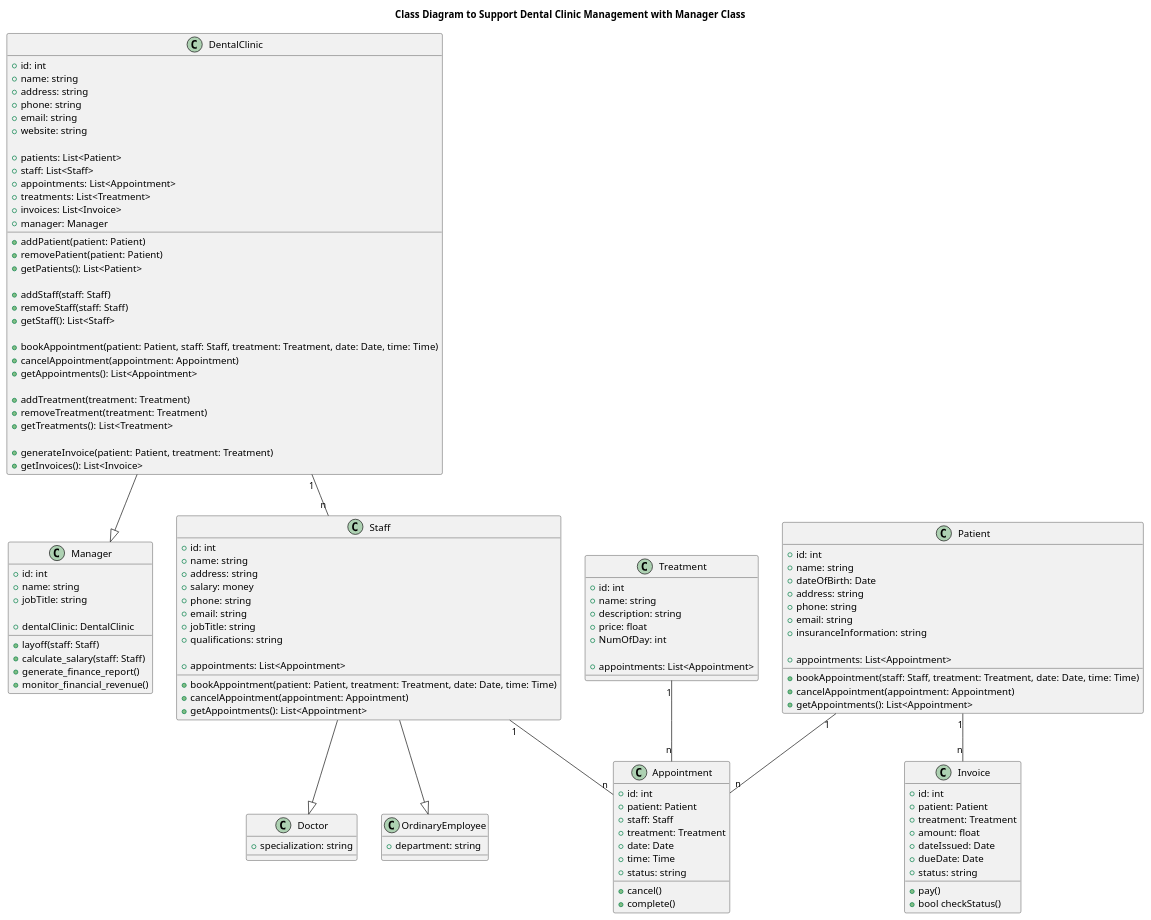
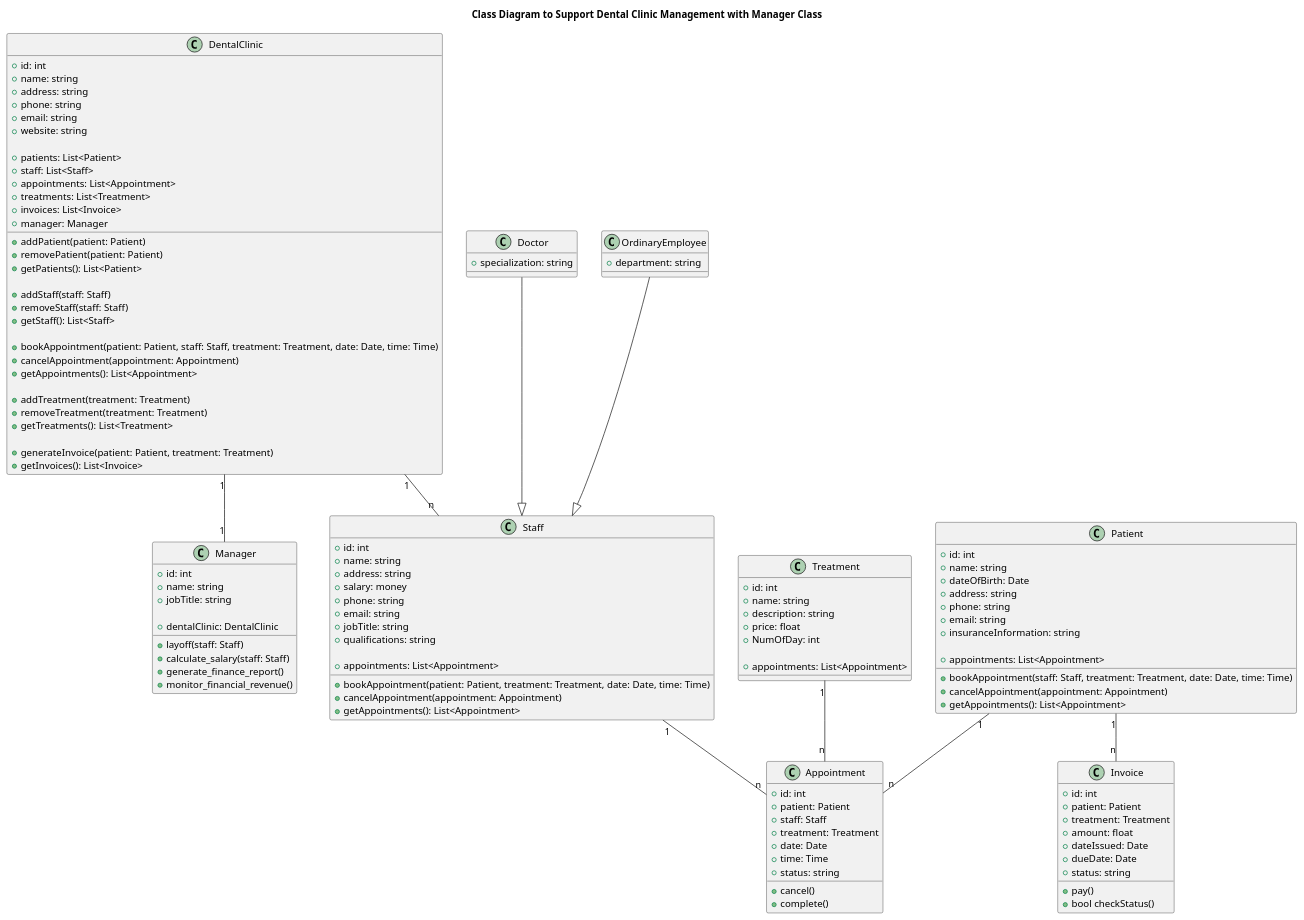
Before and after one commit to baonehe/SE357-Pratice-class: the diagram in Lab1.2/Class diagram/Code/class diagram.wsd, drawn with PlantUML. The commit also changed 1 other file, not shown here.

Commit message:
Update class diagram

```diff
--- a/Lab1.2/Class diagram/Code/class diagram.wsd
+++ b/Lab1.2/Class diagram/Code/class diagram.wsd
@@ -1,136 +1,136 @@
 @startuml
 title Class Diagram to Support Dental Clinic Management with Manager Class
 
 class DentalClinic {
   + id: int
   + name: string
   + address: string
   + phone: string
   + email: string
   + website: string
 
   + patients: List<Patient>
   + staff: List<Staff>
   + appointments: List<Appointment>
   + treatments: List<Treatment>
   + invoices: List<Invoice>
   + manager: Manager
 
   + addPatient(patient: Patient)
   + removePatient(patient: Patient)
   + getPatients(): List<Patient>
 
   + addStaff(staff: Staff)
   + removeStaff(staff: Staff)
   + getStaff(): List<Staff>
 
   + bookAppointment(patient: Patient, staff: Staff, treatment: Treatment, date: Date, time: Time)
   + cancelAppointment(appointment: Appointment)
   + getAppointments(): List<Appointment>
 
   + addTreatment(treatment: Treatment)
   + removeTreatment(treatment: Treatment)
   + getTreatments(): List<Treatment>
 
   + generateInvoice(patient: Patient, treatment: Treatment)
   + getInvoices(): List<Invoice>
 }
 
 class Manager {
   + id: int
   + name: string
   + jobTitle: string
 
   + dentalClinic: DentalClinic
 
   + layoff(staff: Staff)
   + calculate_salary(staff: Staff)
   + generate_finance_report()
   + monitor_financial_revenue()
 }
 
 class Patient {
   + id: int
   + name: string
   + dateOfBirth: Date
   + address: string
   + phone: string
   + email: string
   + insuranceInformation: string
 
   + appointments: List<Appointment>
 
   + bookAppointment(staff: Staff, treatment: Treatment, date: Date, time: Time)
   + cancelAppointment(appointment: Appointment)
   + getAppointments(): List<Appointment>
 }
 
 class Staff {
   + id: int
   + name: string
   + address: string
   + salary: money
   + phone: string
   + email: string
   + jobTitle: string
   + qualifications: string
 
   + appointments: List<Appointment>
 
   + bookAppointment(patient: Patient, treatment: Treatment, date: Date, time: Time)
   + cancelAppointment(appointment: Appointment)
   + getAppointments(): List<Appointment>
 }
 
 class Doctor {
   + specialization: string
 }
 
 class OrdinaryEmployee {
   + department: string
 }
 
 class Appointment {
   + id: int
   + patient: Patient
   + staff: Staff
   + treatment: Treatment
   + date: Date
   + time: Time
   + status: string
 
   + cancel()
   + complete()
 }
 
 class Treatment {
   + id: int
   + name: string
   + description: string
   + price: float
   + NumOfDay: int
 
   + appointments: List<Appointment>
 }
 
 class Invoice {
   + id: int
   + patient: Patient
   + treatment: Treatment
   + amount: float
   + dateIssued: Date
   + dueDate: Date
   + status: string
 
   + pay()
   + bool checkStatus()
 }
-DentalClinic --|> Manager
+DentalClinic "1" -- "1" Manager
 DentalClinic "1" -- "n" Staff
-Staff --|> Doctor
-Staff --|> OrdinaryEmployee
+Doctor --|> Staff
+OrdinaryEmployee --|> Staff
 Patient "1" -- "n" Appointment
 Staff "1" -- "n" Appointment
 Treatment "1" -- "n" Appointment
 Patient "1" -- "n" Invoice
 @enduml
```
